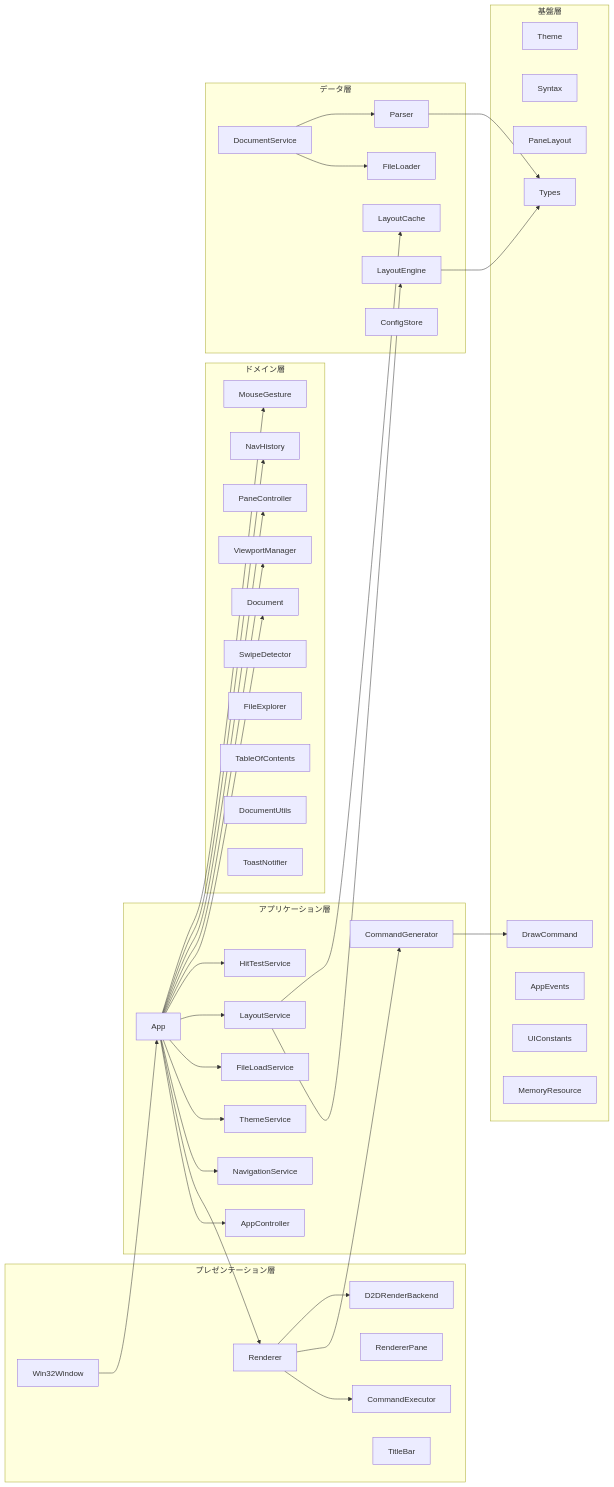
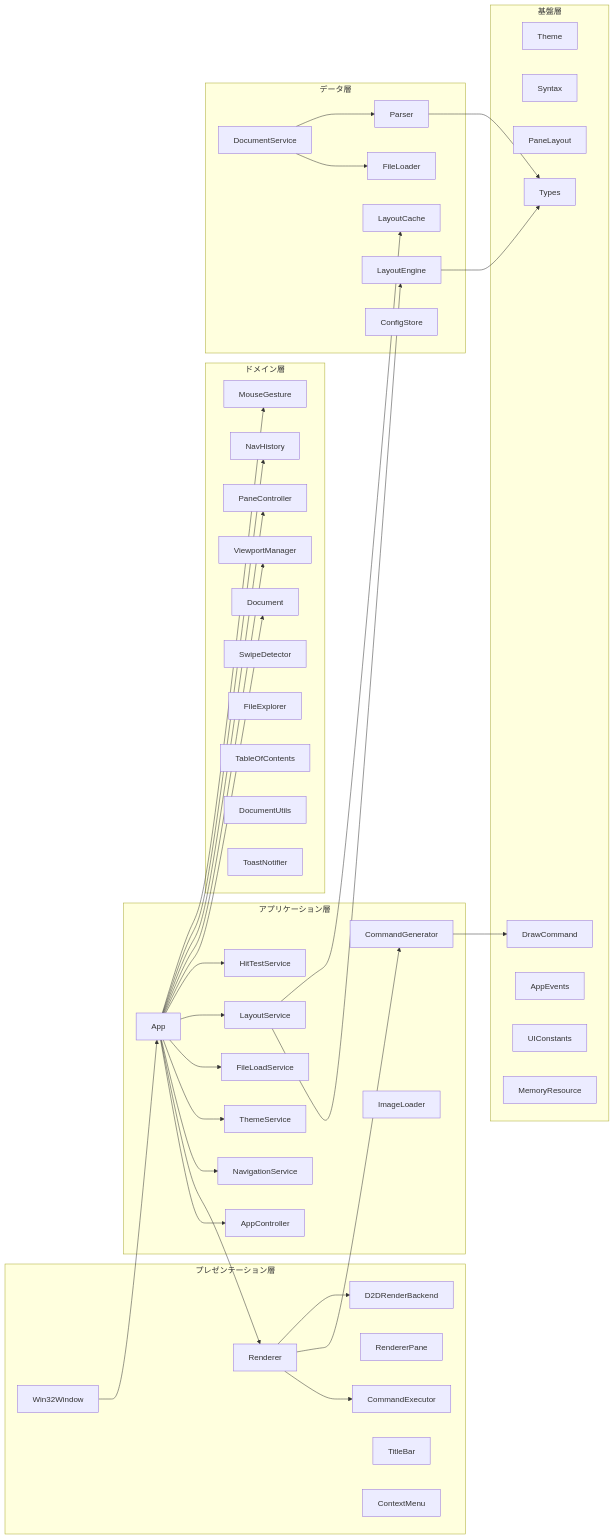
The second of 28 diagrams in example/test.md (tanaton/mendo), drawn with Mermaid before and after one commit. The commit also changed other lines of this file, not shown here.

````diff
--- a/example/test.md
+++ b/example/test.md
@@ -108,79 +107,81 @@
 ```mermaid
 graph LR
     subgraph プレゼンテーション層
         W[Win32Window]
         R[Renderer]
         CE[CommandExecutor]
         RP[RendererPane]
         RB[D2DRenderBackend]
         TB_L[TitleBar]
+        CM_L[ContextMenu]
     end
 
     subgraph アプリケーション層
         APP[App]
         AC[AppController]
         CG[CommandGenerator]
         NS[NavigationService]
         TS[ThemeService]
         FLS[FileLoadService]
         LS[LayoutService]
         HTS[HitTestService]
+        IL_L[ImageLoader]
     end
 
     subgraph ドメイン層
         DOC[Document]
         VM[ViewportManager]
         PC[PaneController]
         NH[NavHistory]
         MG[MouseGesture]
         SD_L[SwipeDetector]
         FE[FileExplorer]
         TOC[TableOfContents]
         DU[DocumentUtils]
         TN_L[ToastNotifier]
     end
 
     subgraph データ層
         P[Parser]
         L[LayoutEngine]
         LC[LayoutCache]
         FL[FileLoader]
         DS[DocumentService]
         CS[ConfigStore]
     end
 
     subgraph 基盤層
         TH[Theme]
         SY[Syntax]
         PL[PaneLayout]
         T[Types]
         DC[DrawCommand]
         AE[AppEvents]
         UC[UIConstants]
         MR_L[MemoryResource]
     end
 
     W --> APP
     APP --> AC
     APP --> R
     R --> CE
     R --> CG
     R --> RB
     APP --> NS
     APP --> TS
     APP --> FLS
     APP --> LS
     APP --> HTS
     APP --> DOC
     APP --> VM
     APP --> PC
     APP --> NH
     APP --> MG
     DS --> FL
     DS --> P
     LS --> L
     LS --> LC
     P --> T
     L --> T
     CG --> DC
 ```
````
